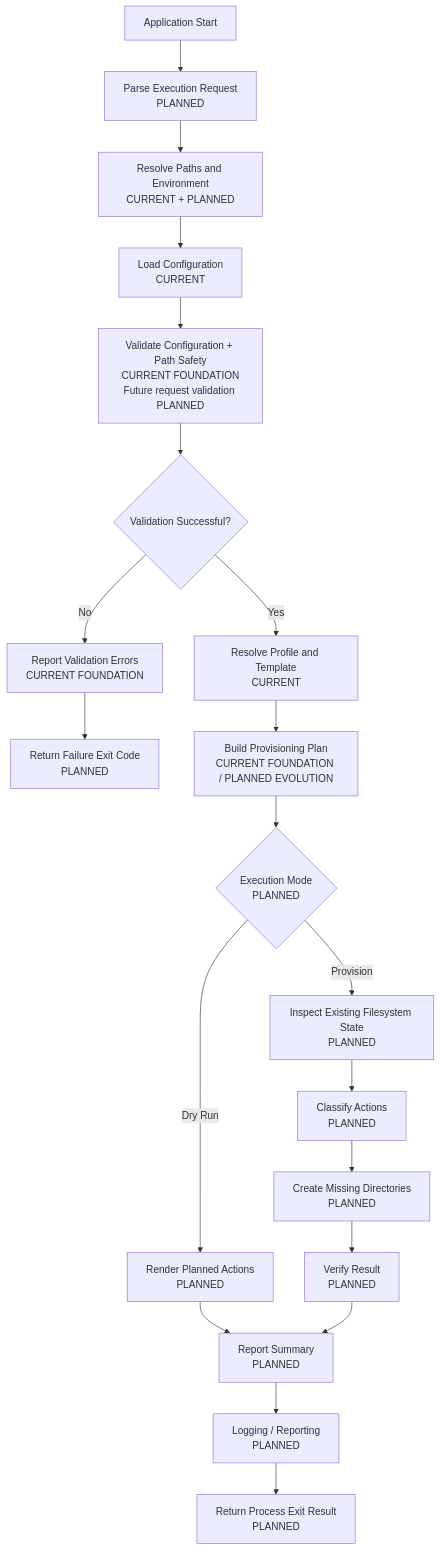
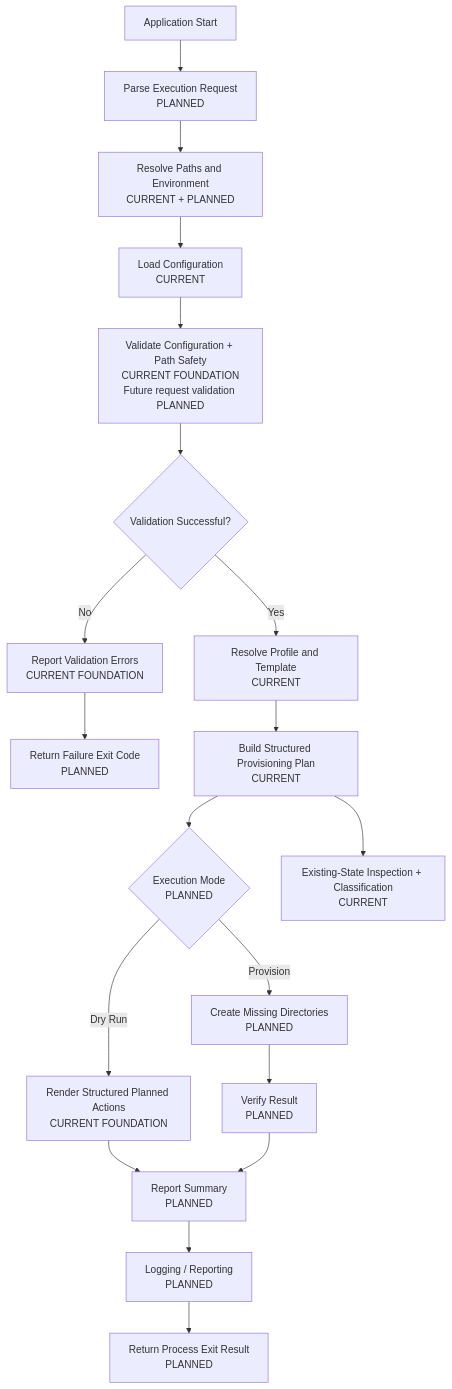
One commit to ChrisLThompson/CareerOS.Bootstrap changed the third of 7 diagrams in Documentation/Diagrams/BOOTSTRAP_PROCESS_FLOW.md. Above: the diagram before and after it, drawn with Mermaid. The commit also changed other lines of this file and 15 other files, not shown here.

Commit message:
docs: synchronize m4 provisioning plan documentation

````diff
--- a/Documentation/Diagrams/BOOTSTRAP_PROCESS_FLOW.md
+++ b/Documentation/Diagrams/BOOTSTRAP_PROCESS_FLOW.md
@@ -138,30 +148,29 @@
 ```mermaid
 flowchart TD
     A["Application Start"] --> B["Parse Execution Request<br/>PLANNED"]
     B --> C["Resolve Paths and Environment<br/>CURRENT + PLANNED"]
 
     C --> D["Load Configuration<br/>CURRENT"]
     D --> E["Validate Configuration + Path Safety<br/>CURRENT FOUNDATION<br/>Future request validation PLANNED"]
 
     E --> F{"Validation Successful?"}
 
     F -->|"No"| G["Report Validation Errors<br/>CURRENT FOUNDATION"]
     G --> H["Return Failure Exit Code<br/>PLANNED"]
 
     F -->|"Yes"| I["Resolve Profile and Template<br/>CURRENT"]
-    I --> J["Build Provisioning Plan<br/>CURRENT FOUNDATION / PLANNED EVOLUTION"]
+    I --> J["Build Structured Provisioning Plan<br/>CURRENT"]
 
     J --> K{"Execution Mode<br/>PLANNED"}
 
-    K -->|"Dry Run"| L["Render Planned Actions<br/>PLANNED"]
+    K -->|"Dry Run"| L["Render Structured Planned Actions<br/>CURRENT FOUNDATION"]
     L --> M["Report Summary<br/>PLANNED"]
 
-    K -->|"Provision"| N["Inspect Existing Filesystem State<br/>PLANNED"]
-    N --> O["Classify Actions<br/>PLANNED"]
-    O --> P["Create Missing Directories<br/>PLANNED"]
+    J --> N["Existing-State Inspection + Classification<br/>CURRENT"]
+    K -->|"Provision"| P["Create Missing Directories<br/>PLANNED"]
     P --> Q["Verify Result<br/>PLANNED"]
     Q --> M
 
     M --> R["Logging / Reporting<br/>PLANNED"]
     R --> S["Return Process Exit Result<br/>PLANNED"]
 ```
````
